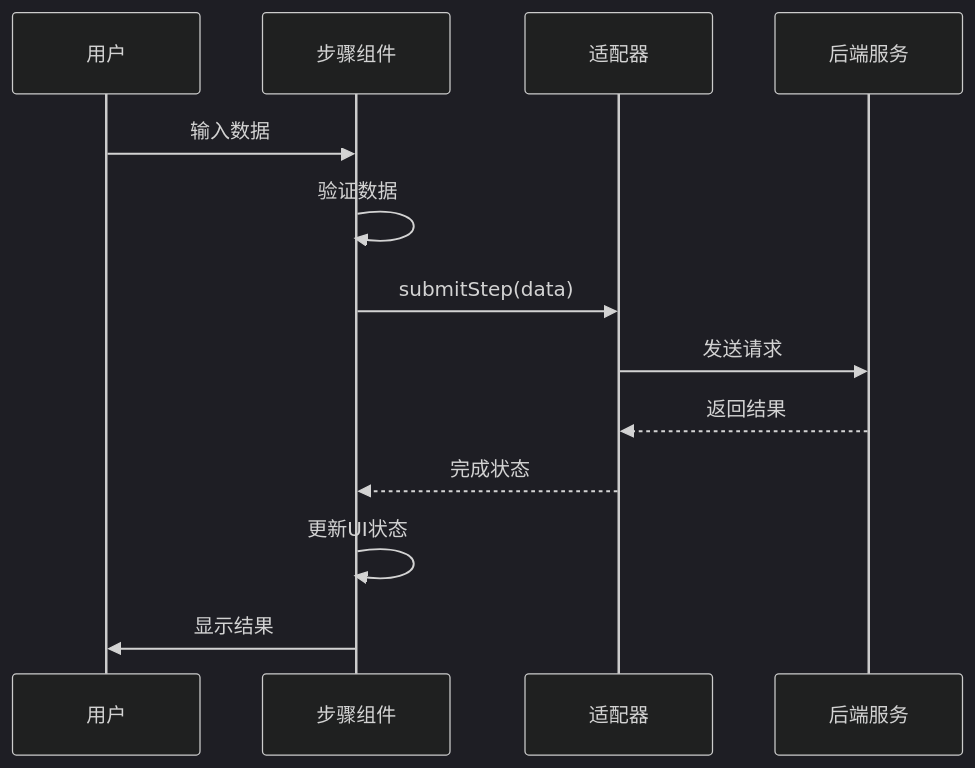
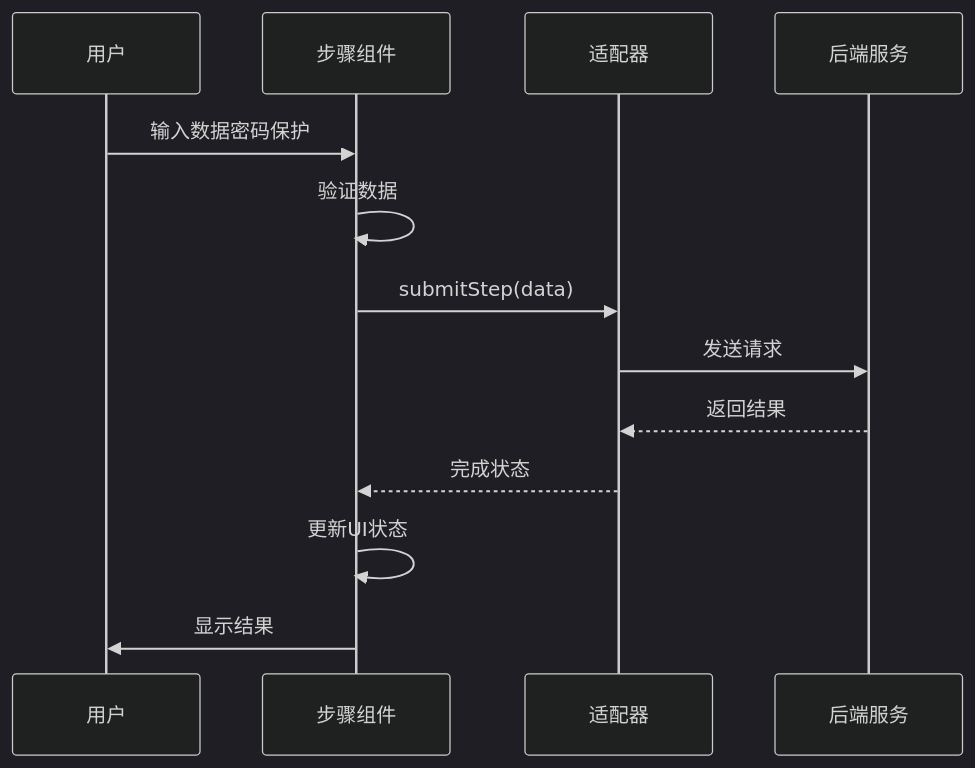
The fifth of 13 diagrams in .qoder/repowiki/zh/content/设置向导集成指南.md (verse-ai-org/openclaw), drawn with Mermaid (dark theme) before and after one commit. The commit also changed other lines of this file and 22 other files, not shown here.

````diff
--- a/.qoder/repowiki/zh/content/设置向导集成指南.md
+++ b/.qoder/repowiki/zh/content/设置向导集成指南.md
@@ -264,15 +265,15 @@
 ```mermaid
 sequenceDiagram
 participant User as 用户
 participant Step as 步骤组件
 participant Adapter as 适配器
 participant API as 后端服务
-User->>Step : 输入数据
+User->>Step : 输入数据密码保护
 Step->>Step : 验证数据
 Step->>Adapter : submitStep(data)
 Adapter->>API : 发送请求
 API-->>Adapter : 返回结果
 Adapter-->>Step : 完成状态
 Step->>Step : 更新UI状态
 Step->>User : 显示结果
 ```
````
